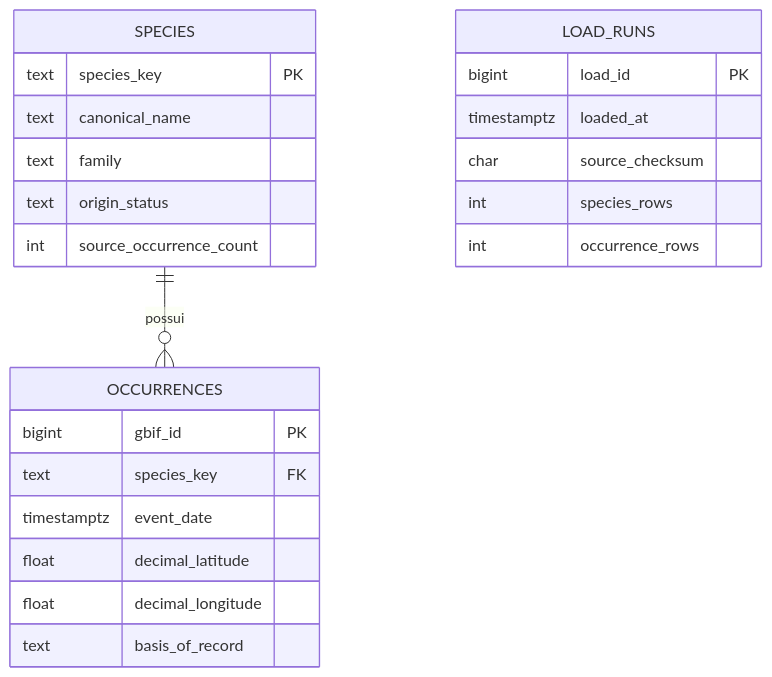
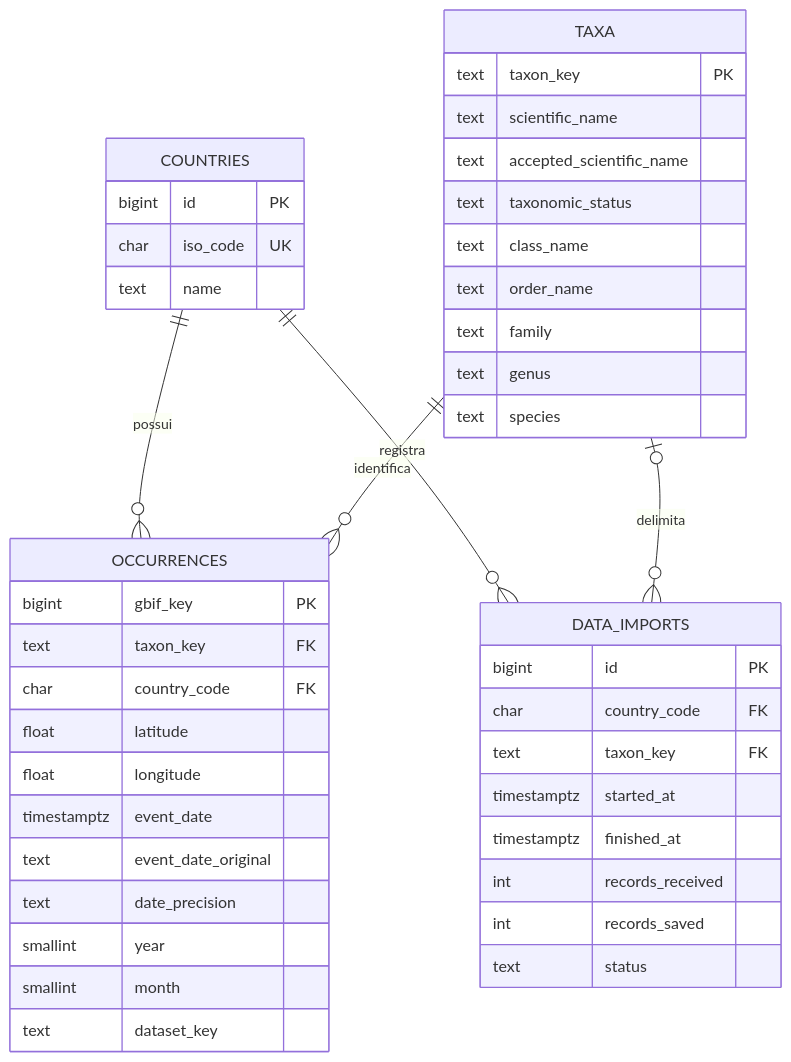
Before and after one commit to ThierryFabian00/biodiversidade-peixes: the diagram in docs/POSTGRESQL.md, drawn with Mermaid. The commit also changed other lines of this file and 12 other files, not shown here.

````diff
--- a/docs/POSTGRESQL.md
+++ b/docs/POSTGRESQL.md
@@ -7,26 +10,47 @@
 ```mermaid
 erDiagram
-    SPECIES ||--o{ OCCURRENCES : possui
-    SPECIES {
-        text species_key PK
-        text canonical_name
+    COUNTRIES ||--o{ OCCURRENCES : possui
+    TAXA ||--o{ OCCURRENCES : identifica
+    COUNTRIES ||--o{ DATA_IMPORTS : registra
+    TAXA o|--o{ DATA_IMPORTS : delimita
+
+    COUNTRIES {
+        bigint id PK
+        char iso_code UK
+        text name
+    }
+    TAXA {
+        text taxon_key PK
+        text scientific_name
+        text accepted_scientific_name
+        text taxonomic_status
+        text class_name
+        text order_name
         text family
-        text origin_status
-        int source_occurrence_count
+        text genus
+        text species
     }
     OCCURRENCES {
-        bigint gbif_id PK
-        text species_key FK
+        bigint gbif_key PK
+        text taxon_key FK
+        char country_code FK
+        float latitude
+        float longitude
         timestamptz event_date
-        float decimal_latitude
-        float decimal_longitude
-        text basis_of_record
+        text event_date_original
+        text date_precision
+        smallint year
+        smallint month
+        text dataset_key
     }
-    LOAD_RUNS {
-        bigint load_id PK
-        timestamptz loaded_at
-        char source_checksum
-        int species_rows
-        int occurrence_rows
+    DATA_IMPORTS {
+        bigint id PK
+        char country_code FK
+        text taxon_key FK
+        timestamptz started_at
+        timestamptz finished_at
+        int records_received
+        int records_saved
+        text status
     }
 ```
````
